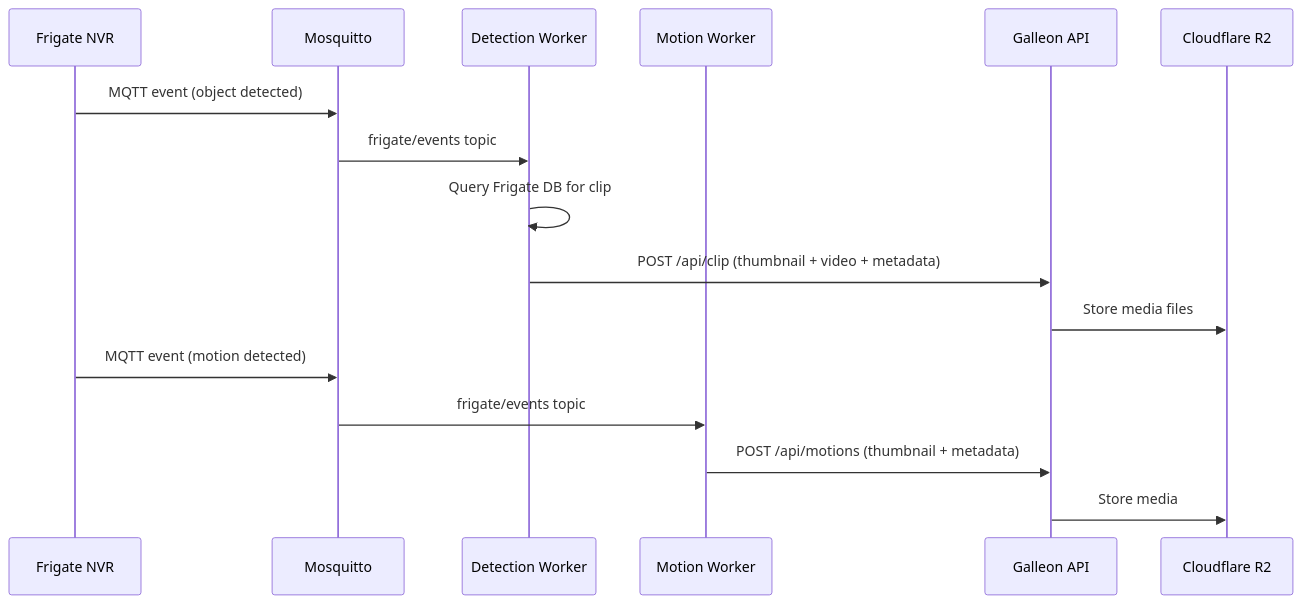
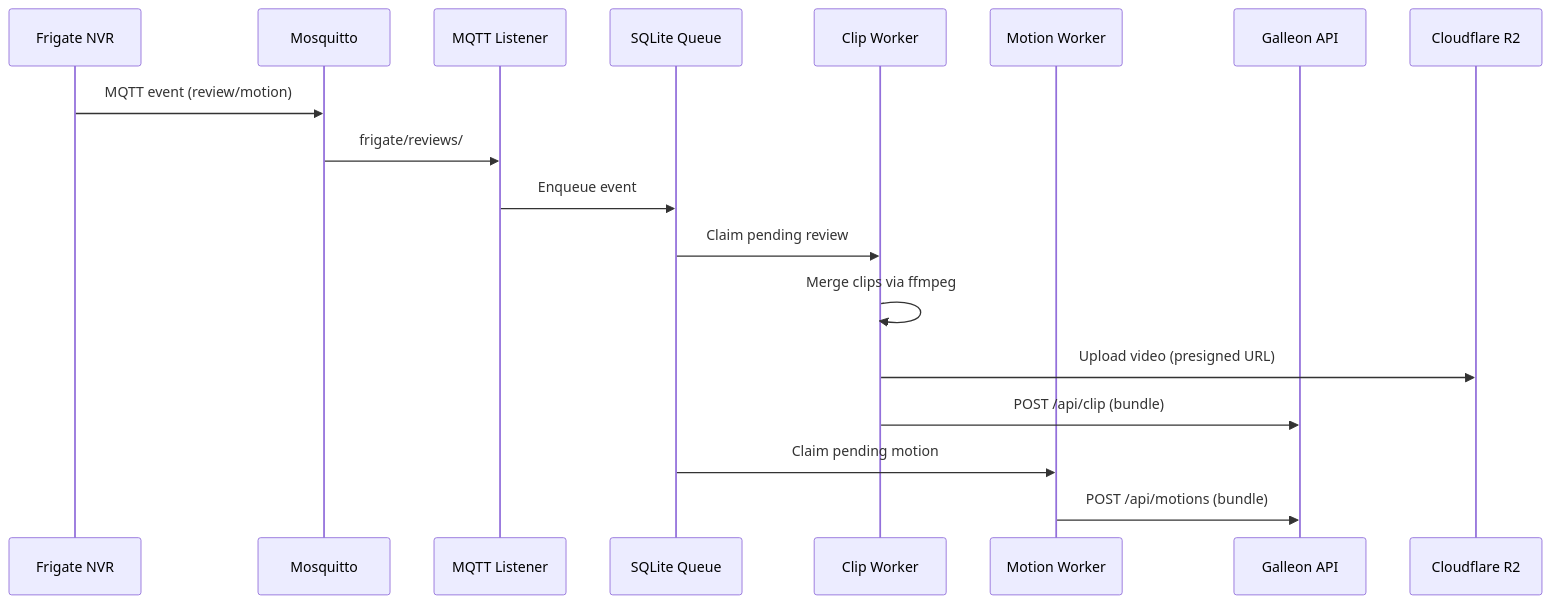
The diagram in wiki/Vergil-Workers.md (covenant-org/argus-one), drawn with Mermaid before and after one commit. The commit also changed other lines of this file and 8 other files, not shown here.

````diff
--- a/wiki/Vergil-Workers.md
+++ b/wiki/Vergil-Workers.md
@@ -7,20 +7,23 @@
 ```mermaid
 sequenceDiagram
     participant F as Frigate NVR
     participant M as Mosquitto
-    participant WD as Detection Worker
-    participant WM as Motion Worker
+    participant MQ as MQTT Listener
+    participant Q as SQLite Queue
+    participant QW as Clip Worker
+    participant MW as Motion Worker
     participant A as Galleon API
     participant R2 as Cloudflare R2
 
-    F->>M: MQTT event (object detected)
-    M->>WD: frigate/events topic
-    WD->>WD: Query Frigate DB for clip
-    WD->>A: POST /api/clip (thumbnail + video + metadata)
-    A->>R2: Store media files
+    F->>M: MQTT event (review/motion)
+    M->>MQ: frigate/reviews/# or frigate/+/motion
+    MQ->>Q: Enqueue event
 
-    F->>M: MQTT event (motion detected)
-    M->>WM: frigate/events topic
-    WM->>A: POST /api/motions (thumbnail + metadata)
-    A->>R2: Store media
+    Q->>QW: Claim pending review
+    QW->>QW: Merge clips via ffmpeg
+    QW->>R2: Upload video (presigned URL)
+    QW->>A: POST /api/clip (bundle)
+
+    Q->>MW: Claim pending motion
+    MW->>A: POST /api/motions (bundle)
 ```
````
